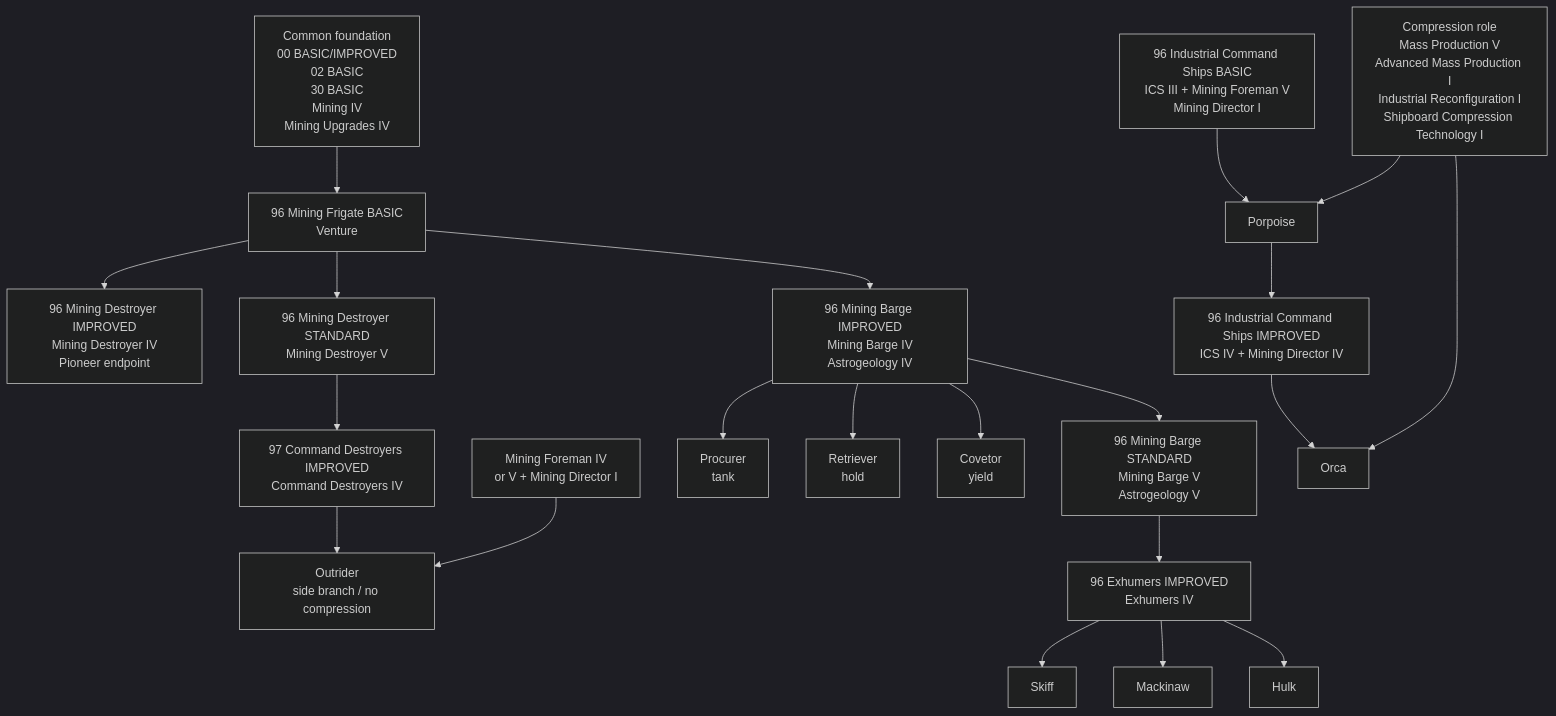
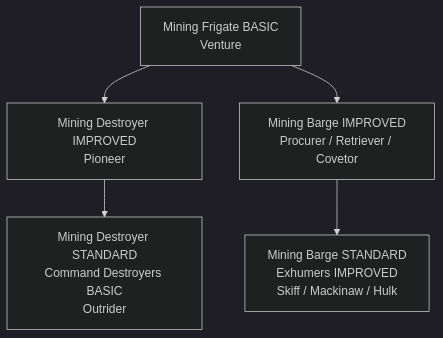
Before and after one commit to Blizbor/EvE-Modular-Skillplans: the diagram in training-paths/mining/DIAGRAM-EN.md, drawn with Mermaid (dark theme). The commit also changed 11 other files, not shown here.

````diff
--- a/training-paths/mining/DIAGRAM-EN.md
+++ b/training-paths/mining/DIAGRAM-EN.md
@@ -5,56 +5,13 @@
 ```mermaid
 flowchart TD
-    C[Common foundation
-00 BASIC/IMPROVED
-02 BASIC
-30 BASIC
-Mining IV
-Mining Upgrades IV] --> V[96 Mining Frigate BASIC
-Venture]
+    V[Mining Frigate BASIC<br/>Venture]
+    P[Mining Destroyer IMPROVED<br/>Pioneer]
+    O[Mining Destroyer STANDARD<br/>Command Destroyers BASIC<br/>Outrider]
+    B[Mining Barge IMPROVED<br/>Procurer / Retriever / Covetor]
+    E[Mining Barge STANDARD<br/>Exhumers IMPROVED<br/>Skiff / Mackinaw / Hulk]
 
-    V --> P[96 Mining Destroyer IMPROVED
-Mining Destroyer IV
-Pioneer endpoint]
-
-    V --> OS[96 Mining Destroyer STANDARD
-Mining Destroyer V]
-    OS --> CD[97 Command Destroyers IMPROVED
-Command Destroyers IV]
-    CD --> O[Outrider
-side branch / no compression]
-    MF[Mining Foreman IV
-or V + Mining Director I] --> O
-
-    V --> B[96 Mining Barge IMPROVED
-Mining Barge IV
-Astrogeology IV]
-    B --> PR[Procurer
-tank]
-    B --> RE[Retriever
-hold]
-    B --> CO[Covetor
-yield]
-
-    B --> BV[96 Mining Barge STANDARD
-Mining Barge V
-Astrogeology V]
-    BV --> EX[96 Exhumers IMPROVED
-Exhumers IV]
-    EX --> SK[Skiff]
-    EX --> MA[Mackinaw]
-    EX --> HU[Hulk]
-
-    IC[96 Industrial Command Ships BASIC
-ICS III + Mining Foreman V
-Mining Director I] --> PO[Porpoise]
-    PO --> ICI[96 Industrial Command Ships IMPROVED
-ICS IV + Mining Director IV]
-    ICI --> OR[Orca]
-
-    COMP[Compression role
-Mass Production V
-Advanced Mass Production I
-Industrial Reconfiguration I
-Shipboard Compression Technology I] --> PO
-    COMP --> OR
+    V --> P
+    P --> O
+    V --> B
+    B --> E
 ```
````
